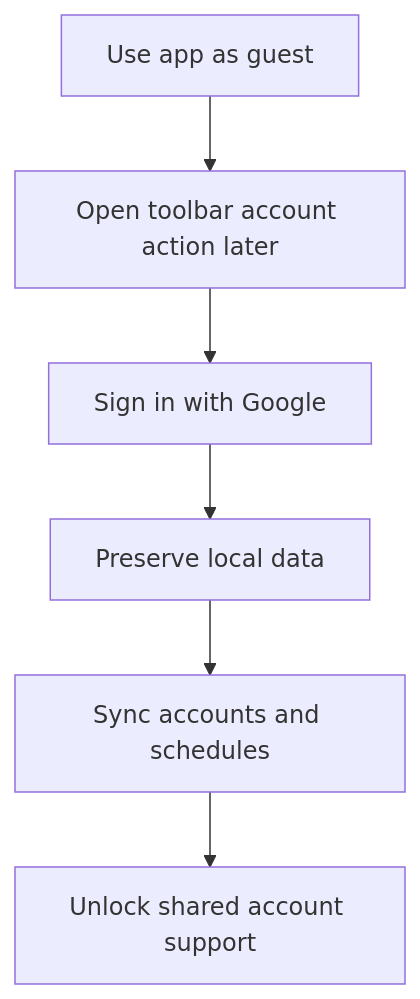
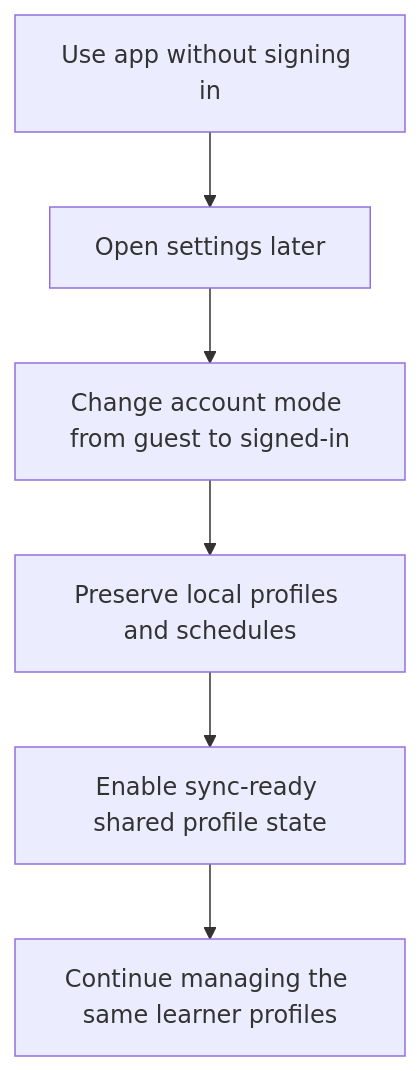
One commit to mahdihijazi/tathbeet changed the diagram in docs/user-flows/create-account-later.md. Above: the diagram before and after it, drawn with Mermaid. The commit also changed other lines of this file and 6 other files, not shown here.

First line of the commit message:
Update flow diagrams and README

````diff
--- a/docs/user-flows/create-account-later.md
+++ b/docs/user-flows/create-account-later.md
@@ -3,8 +3,8 @@
 ```mermaid
 flowchart TD
-    A["Use app as guest"] --> B["Open toolbar account action later"]
-    B --> C["Sign in with Google"]
-    C --> D["Preserve local data"]
-    D --> E["Sync accounts and schedules"]
-    E --> F["Unlock shared account support"]
+    A["Use app without signing in"] --> B["Open settings later"]
+    B --> C["Change account mode from guest to signed-in"]
+    C --> D["Preserve local profiles and schedules"]
+    D --> E["Enable sync-ready shared profile state"]
+    E --> F["Continue managing the same learner profiles"]
 ```
````
